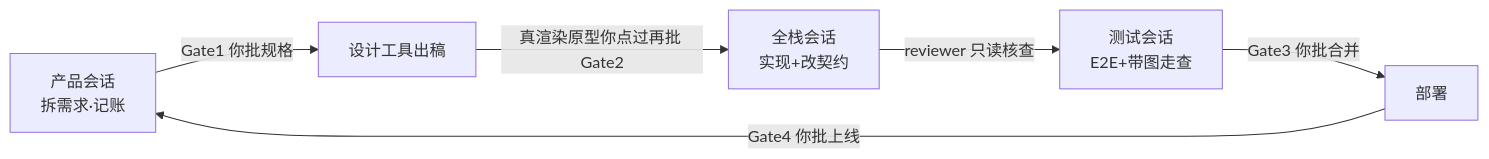
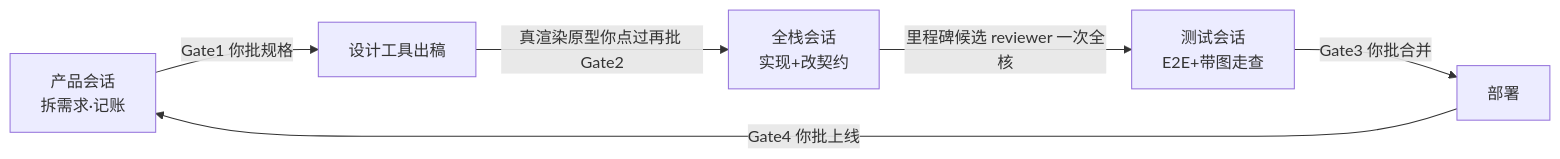
Before and after one commit to HaiYangBG1/BuildBeat: the diagram in README.md, drawn with Mermaid. The commit also changed other lines of this file and 17 other files, not shown here.

````diff
--- a/README.md
+++ b/README.md
@@ -79,8 +79,8 @@
 ```mermaid
 flowchart LR
     PM["产品会话<br/>拆需求·记账"] -->|"Gate1 你批规格"| Design["设计工具出稿"]
     Design -->|"真渲染原型你点过再批 Gate2"| Deliver["全栈会话<br/>实现+改契约"]
-    Deliver -->|"reviewer 只读核查"| Verify["测试会话<br/>E2E+带图走查"]
+    Deliver -->|"里程碑候选 reviewer 一次全核"| Verify["测试会话<br/>E2E+带图走查"]
     Verify -->|"Gate3 你批合并"| Deploy["部署"]
     Deploy -->|"Gate4 你批上线"| PM
 ```
````
